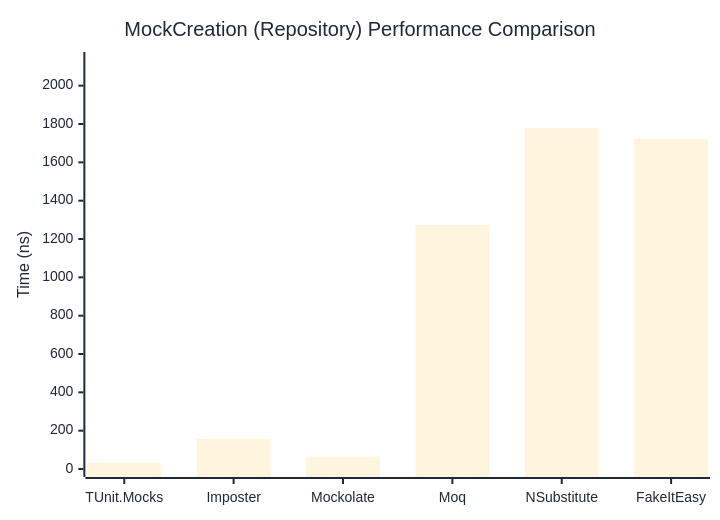
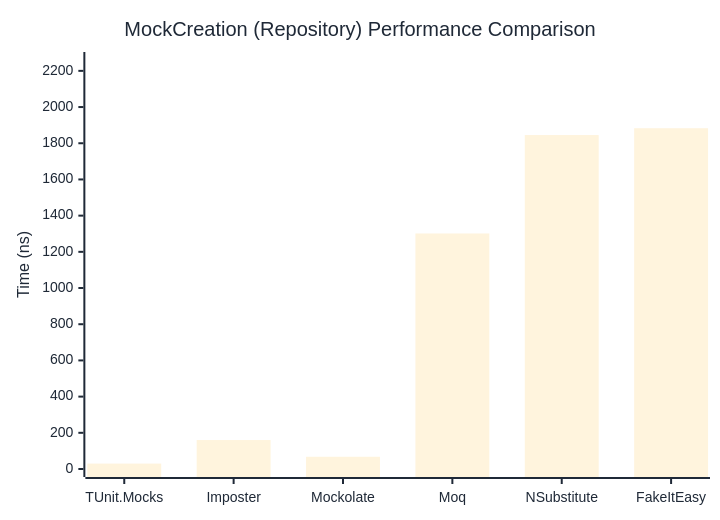
The second of 2 diagrams in docs/docs/benchmarks/mocks/MockCreation.md (thomhurst/TUnit), drawn with Mermaid before and after one commit. The commit also changed other lines of this file and 14 other files, not shown here.

````diff
--- a/docs/docs/benchmarks/mocks/MockCreation.md
+++ b/docs/docs/benchmarks/mocks/MockCreation.md
@@ -71,27 +71,27 @@
 ```mermaid
 %%{init: {
   'theme':'base',
   'themeVariables': {
     'primaryColor': '#2563eb',
     'primaryTextColor': '#1f2937',
     'primaryBorderColor': '#1e40af',
     'lineColor': '#6b7280',
     'secondaryColor': '#7c3aed',
     'tertiaryColor': '#dc2626',
     'background': '#ffffff',
     'pie1': '#2563eb',
     'pie2': '#7c3aed',
     'pie3': '#dc2626',
     'pie4': '#f59e0b',
     'pie5': '#10b981',
     'pie6': '#06b6d4',
     'pie7': '#ec4899',
     'pie8': '#6366f1'
   }
 }}%%
 xychart-beta
   title "MockCreation (Repository) Performance Comparison"
   x-axis ["TUnit.Mocks", "Imposter", "Mockolate", "Moq", "NSubstitute", "FakeItEasy"]
-  y-axis "Time (ns)" 0 --> 2134
-  bar [32.79, 156.24, 65.09, 1273.92, 1777.84, 1722.92]
+  y-axis "Time (ns)" 0 --> 2260
+  bar [29.92, 160.02, 67.56, 1301.47, 1845.32, 1883.04]
 ```
````
